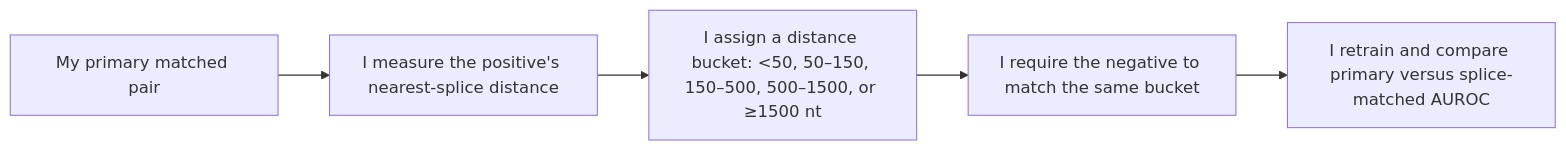
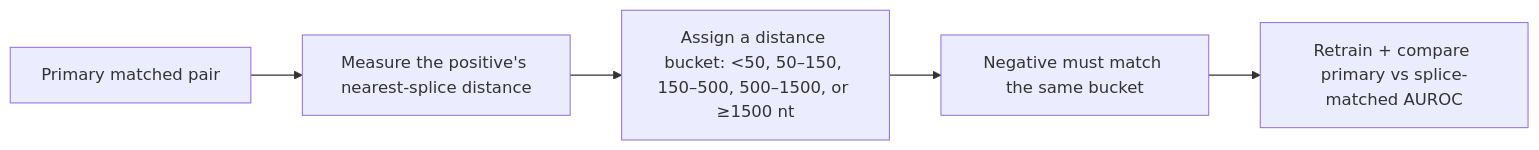
The seventh of 25 diagrams in README.md (NirmalKumar31/rbp-binding), drawn with Mermaid before and after one commit. The commit also changed other lines of this file, not shown here.

Commit message:
docs: neutralize first-person voice inside mermaid diagram labels

````diff
--- a/README.md
+++ b/README.md
@@ -286,7 +286,7 @@
 ```mermaid
 flowchart LR
-    A["My primary matched pair"] --> B["I measure the positive's nearest-splice distance"]
-    B --> C["I assign a distance bucket: <50, 50–150, 150–500, 500–1500, or ≥1500 nt"]
-    C --> D["I require the negative to match the same bucket"]
-    D --> E["I retrain and compare primary versus splice-matched AUROC"]
+    A["Primary matched pair"] --> B["Measure the positive's nearest-splice distance"]
+    B --> C["Assign a distance bucket: <50, 50–150, 150–500, 500–1500, or ≥1500 nt"]
+    C --> D["Negative must match the same bucket"]
+    D --> E["Retrain + compare primary vs splice-matched AUROC"]
 ```
````
